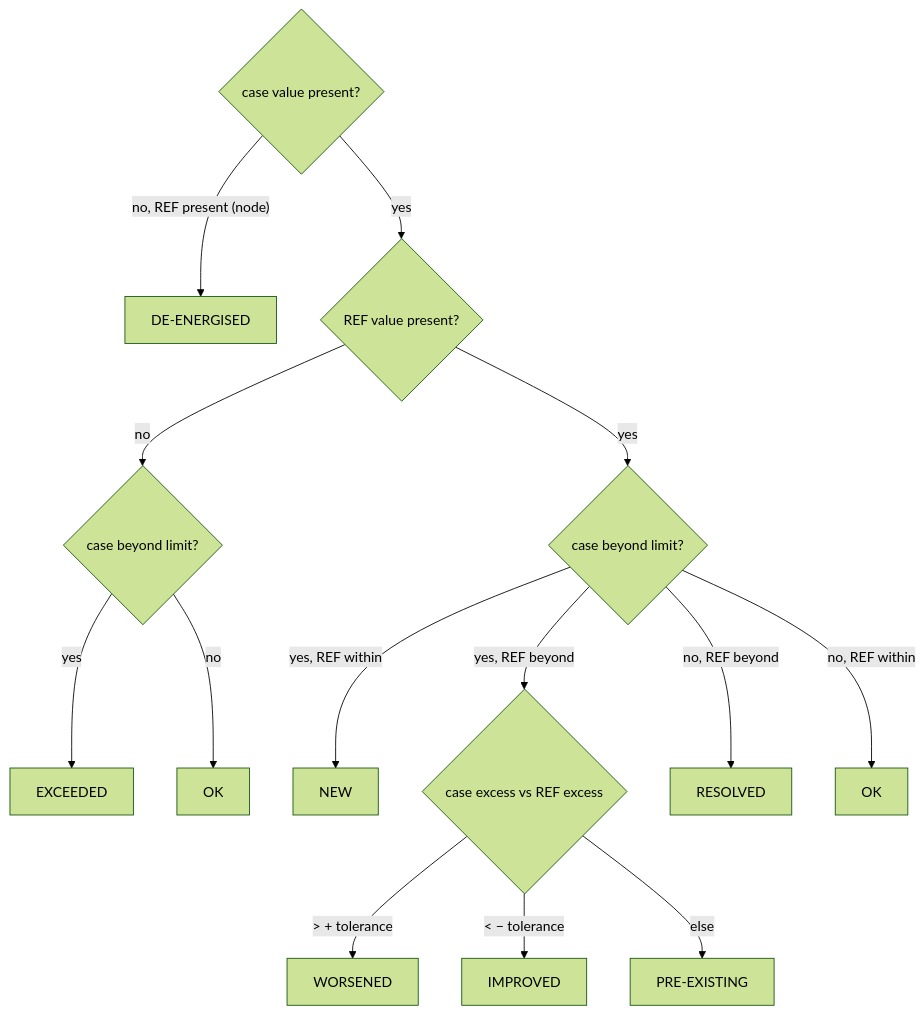
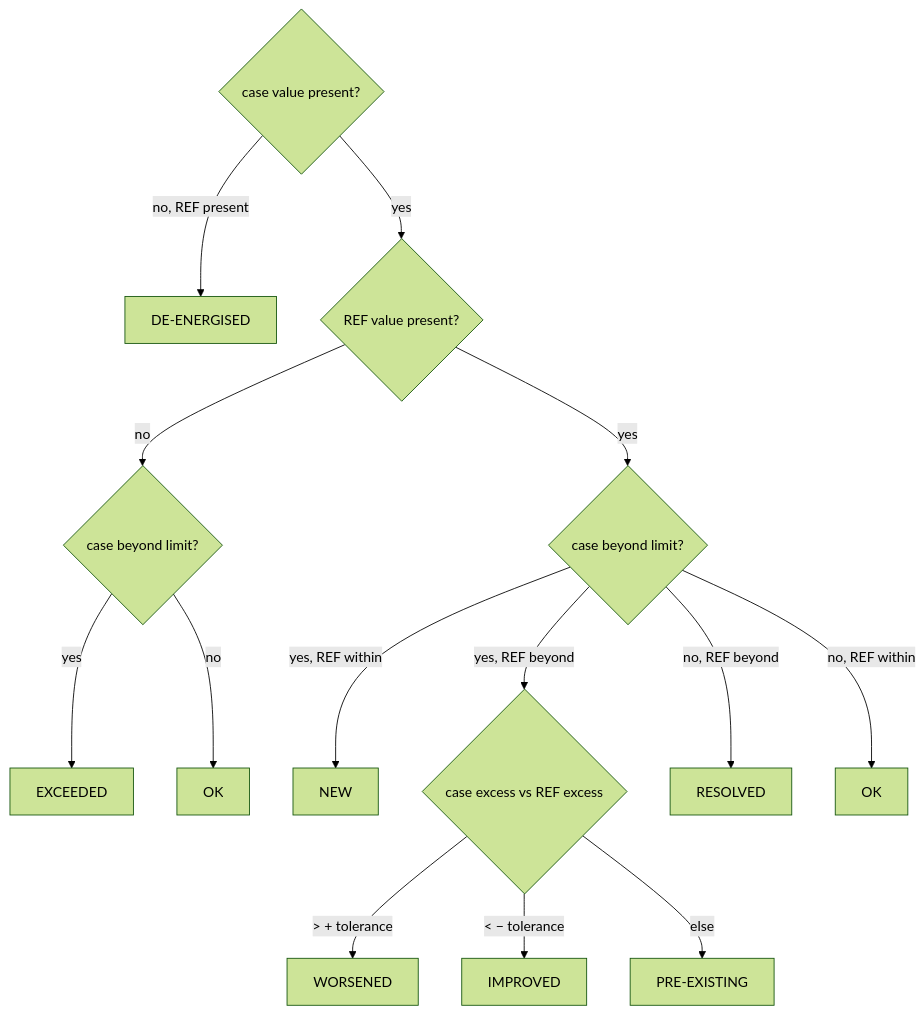
Before and after one commit to hadiibrahim-Engin/GridLensAssessment: the fifth of 5 diagrams in docs/ARCHITECTURE.md, drawn with Mermaid (forest theme). The commit also changed other lines of this file and 61 other files, not shown here.

````diff
--- a/docs/ARCHITECTURE.md
+++ b/docs/ARCHITECTURE.md
@@ -406,16 +433,16 @@
 ```mermaid
 flowchart TD
-    A{"case value present?"} -- "no, REF present (node)" --> DE["DE-ENERGISED"]
+    A{"case value present?"} -- "no, REF present" --> DE["DE-ENERGISED"]
     A -- yes --> B{"REF value present?"}
     B -- no --> EX{"case beyond limit?"}
     EX -- yes --> EXC["EXCEEDED"]
     EX -- no --> OK1["OK"]
     B -- yes --> C{"case beyond limit?"}
     C -- "yes, REF within" --> NEW["NEW"]
     C -- "yes, REF beyond" --> D{"case excess vs REF excess"}
     D -- "> + tolerance" --> WO["WORSENED"]
     D -- "< − tolerance" --> IM["IMPROVED"]
     D -- "else" --> PE["PRE-EXISTING"]
     C -- "no, REF beyond" --> RE["RESOLVED"]
     C -- "no, REF within" --> OK2["OK"]
 ```
````
